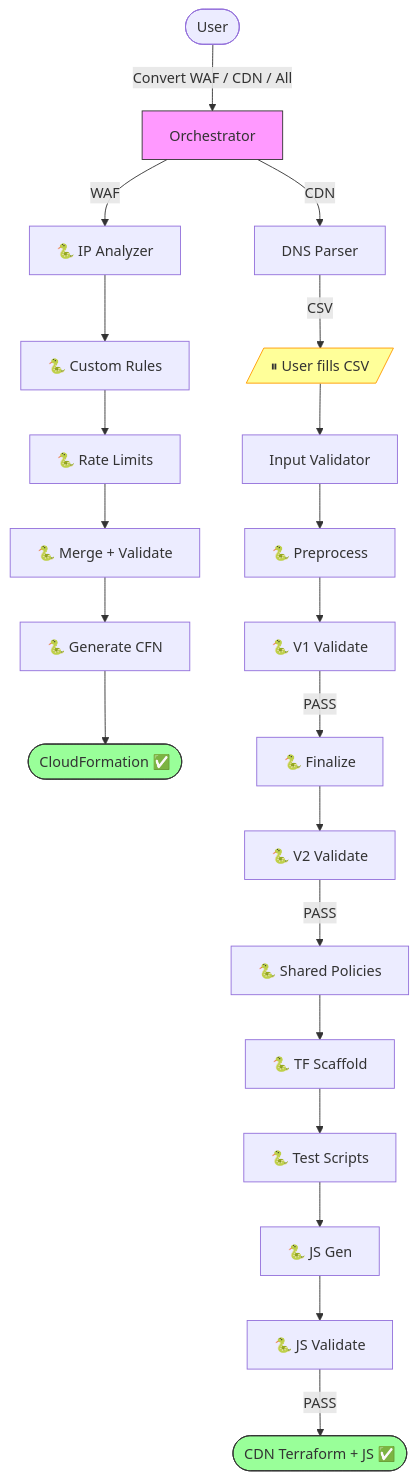
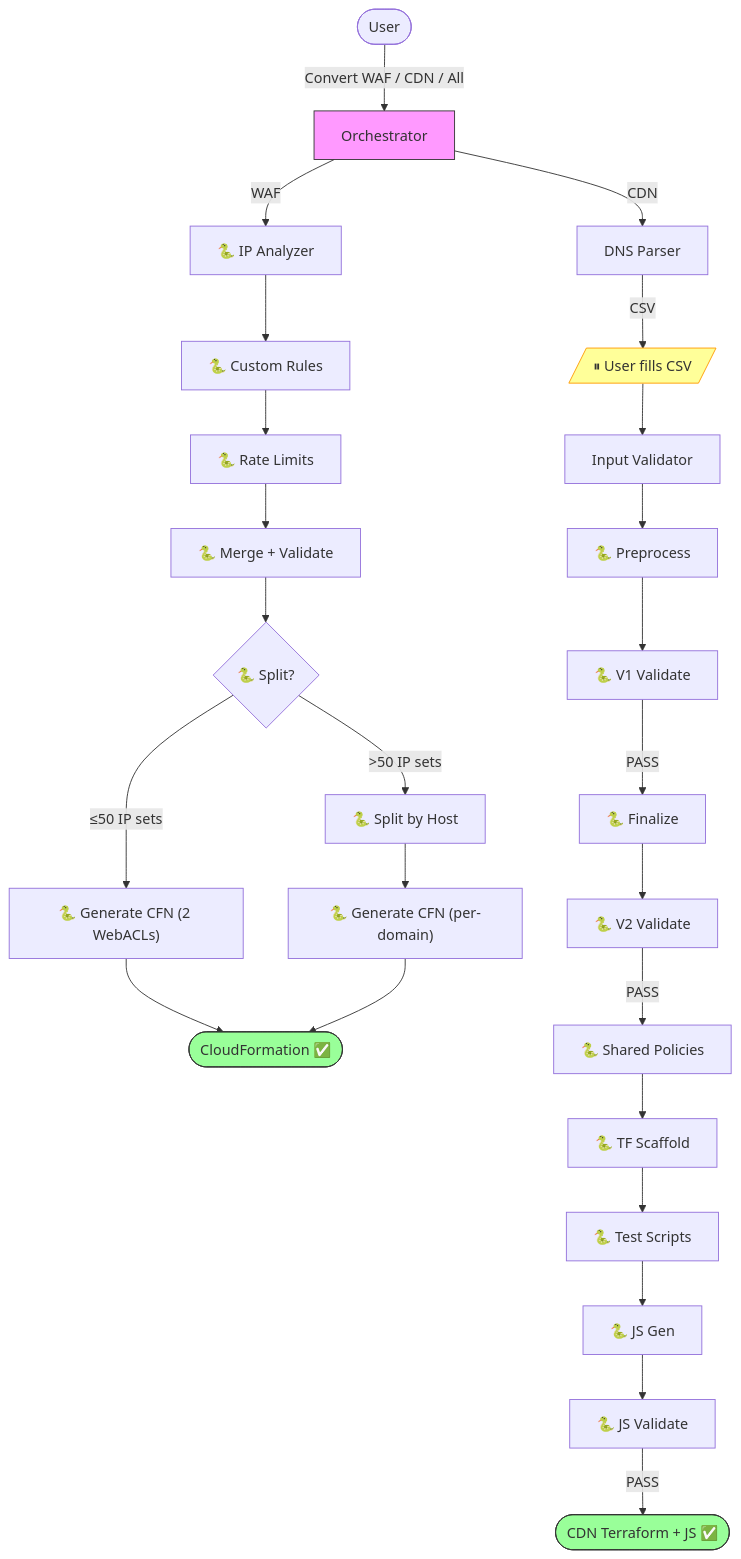
One commit to chenghit/cloudflare-aws-edge-config-converter changed the diagram in README.md. Above: the diagram before and after it, drawn with Mermaid. The commit also changed other lines of this file and 4 other files, not shown here.

First line of the commit message:
docs: update README, CHANGELOG, and why-cloudformation for per-domain WebACL

````diff
--- a/README.md
+++ b/README.md
@@ -83,24 +85,25 @@
 ```mermaid
 flowchart TD
     User([User]) -->|"Convert WAF / CDN / All"| Main["Orchestrator"]
 
-    Main -->|WAF| WAF_A1["🐍 IP Analyzer"] --> WAF_A2["🐍 Custom Rules"] --> WAF_A3["🐍 Rate Limits"] --> WAF_M["🐍 Merge + Validate"] --> WAF_G["🐍 Generate CFN"] --> WAF_Done([CloudFormation ✅])
+    Main -->|WAF| WAF_A1["🐍 IP Analyzer"] --> WAF_A2["🐍 Custom Rules"] --> WAF_A3["🐍 Rate Limits"] --> WAF_M["🐍 Merge + Validate"] --> WAF_S{"🐍 Split?"} -->|"≤50 IP sets"| WAF_G["🐍 Generate CFN (2 WebACLs)"] --> WAF_Done([CloudFormation ✅])
+    WAF_S -->|">50 IP sets"| WAF_SP["🐍 Split by Host"] --> WAF_GP["🐍 Generate CFN (per-domain)"] --> WAF_Done
 
     Main -->|CDN| CDN1["DNS Parser"] -->|CSV| Pause[/"⏸ User fills CSV"/]
     Pause --> CDN2["Input Validator"]
     CDN2 --> CDN3["🐍 Preprocess"]
     CDN3 --> CDN4["🐍 V1 Validate"]
     CDN4 -->|PASS| CDN5["🐍 Finalize"]
     CDN5 --> CDN6["🐍 V2 Validate"]
     CDN6 -->|PASS| CDN7["🐍 Shared Policies"]
     CDN7 --> CDN75["🐍 TF Scaffold"]
     CDN75 --> CDN76["🐍 Test Scripts"]
     CDN76 --> CDN8["🐍 JS Gen"]
     CDN8 --> CDN9["🐍 JS Validate"]
     CDN9 -->|PASS| CDN_Done([CDN Terraform + JS ✅])
 
     style Main fill:#f9f,stroke:#333
     style Pause fill:#ff9,stroke:#f90
     style WAF_Done fill:#9f9,stroke:#333
     style CDN_Done fill:#9f9,stroke:#333
 ```
````
